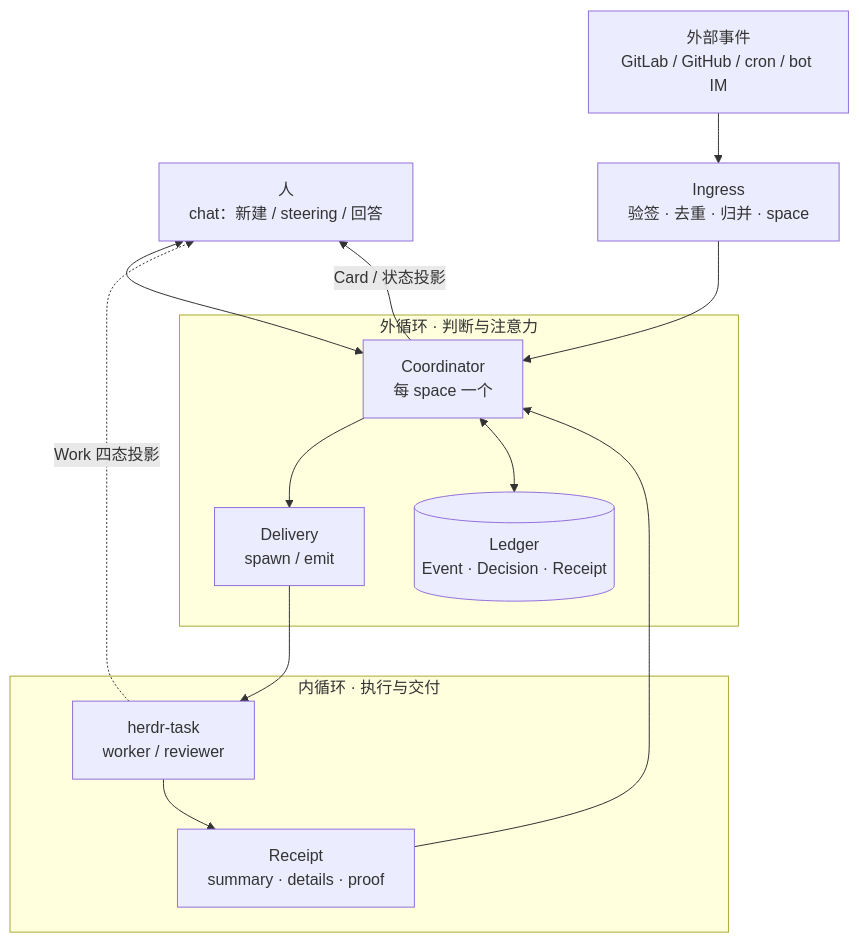
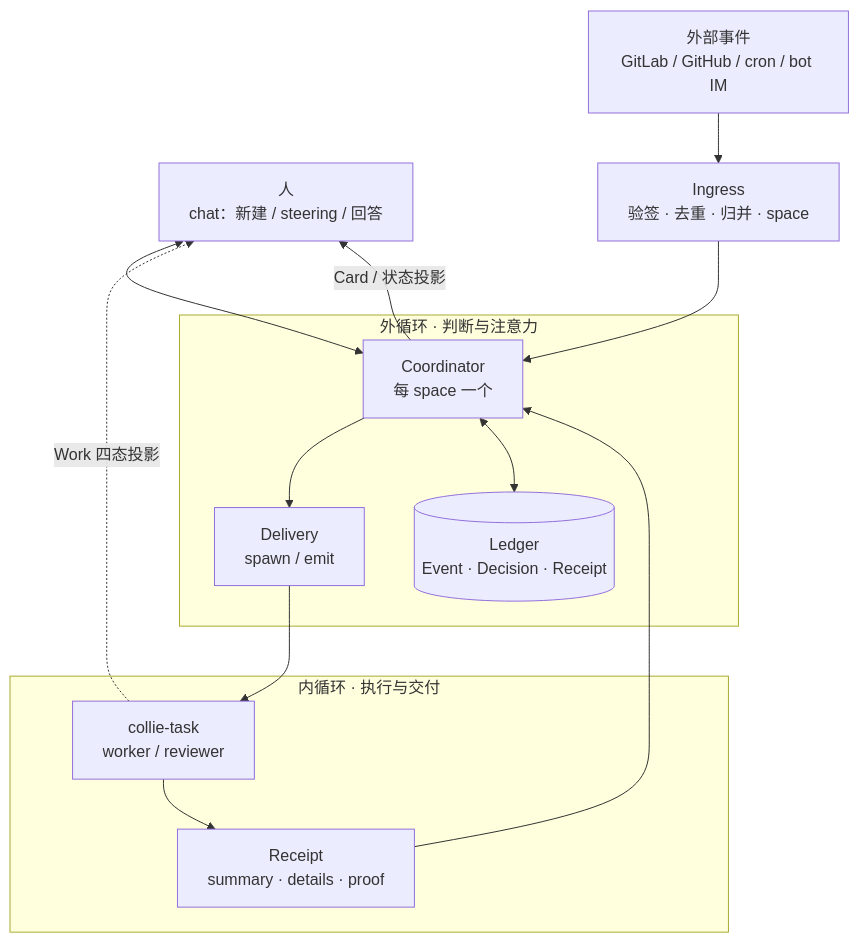
Before and after one commit to iodone/collie: the first of 6 diagrams in docs/ARCHITECTURE.md, drawn with Mermaid. The commit also changed other lines of this file and 2 other files, not shown here.

First line of the commit message:
docs: refresh Work/Ticket mapping and collie-task naming

````diff
--- a/docs/ARCHITECTURE.md
+++ b/docs/ARCHITECTURE.md
@@ -9,18 +9,18 @@
 ```mermaid
 flowchart TB
   H["人<br/>chat：新建 / steering / 回答"] <--> C["Coordinator<br/>每 space 一个"]
   E["外部事件<br/>GitLab / GitHub / cron / bot IM"] --> I["Ingress<br/>验签 · 去重 · 归并 · space"]
   I --> C
   subgraph OUTER["外循环 · 判断与注意力"]
     C --> D["Delivery<br/>spawn / emit"]
     L[("Ledger<br/>Event · Decision · Receipt")]
     C <--> L
   end
   subgraph INNER["内循环 · 执行与交付"]
-    D --> T["herdr-task<br/>worker / reviewer"]
+    D --> T["collie-task<br/>worker / reviewer"]
     T --> R["Receipt<br/>summary · details · proof"]
     R --> C
   end
   C -->|"Card / 状态投影"| H
   T -. "Work 四态投影" .-> H
 ```
````
